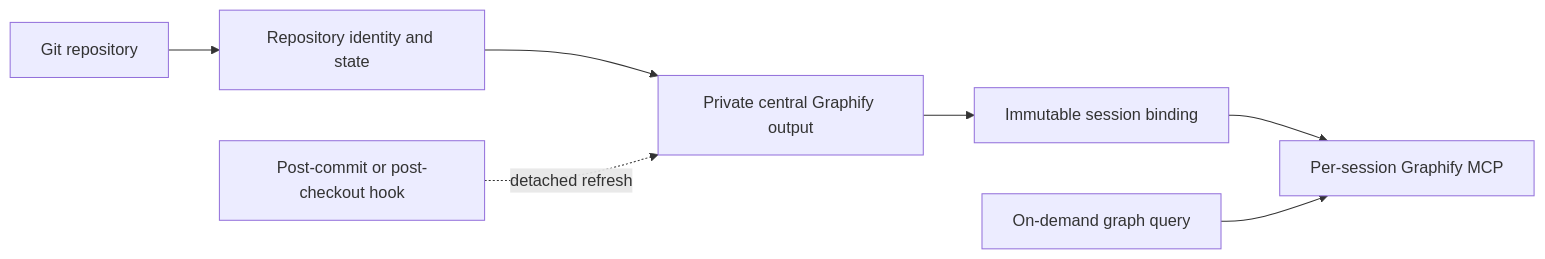
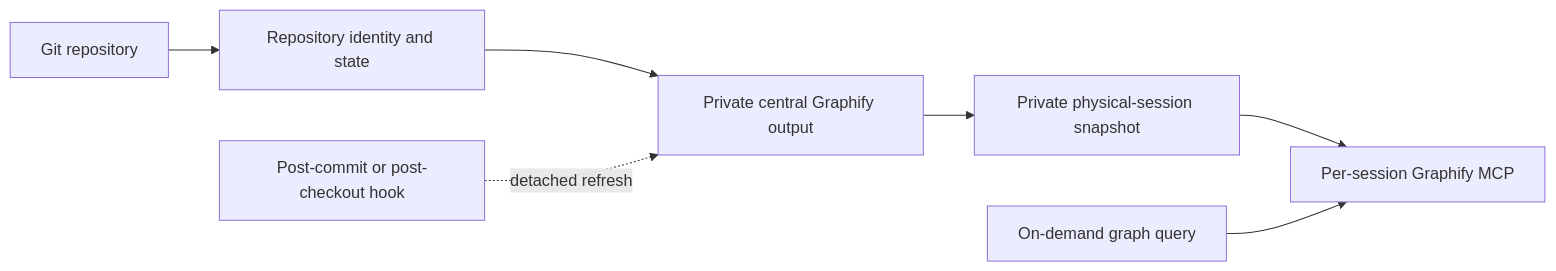
Before and after one commit to orichum/claudex-workflow: the second of 2 diagrams in docs/architecture.md, drawn with Mermaid. The commit also changed other lines of this file and 2 other files, not shown here.

Commit message:
Document physical session graph snapshots

````diff
--- a/docs/architecture.md
+++ b/docs/architecture.md
@@ -71,9 +71,9 @@
 ```mermaid
 flowchart LR
     R["Git repository"] --> I["Repository identity and state"]
     I --> G["Private central Graphify output"]
-    G --> S["Immutable session binding"]
+    G --> S["Private physical-session snapshot"]
     S --> MCP["Per-session Graphify MCP"]
     Q["On-demand graph query"] --> MCP
     H["Post-commit or post-checkout hook"] -. "detached refresh" .-> G
 ```
````
